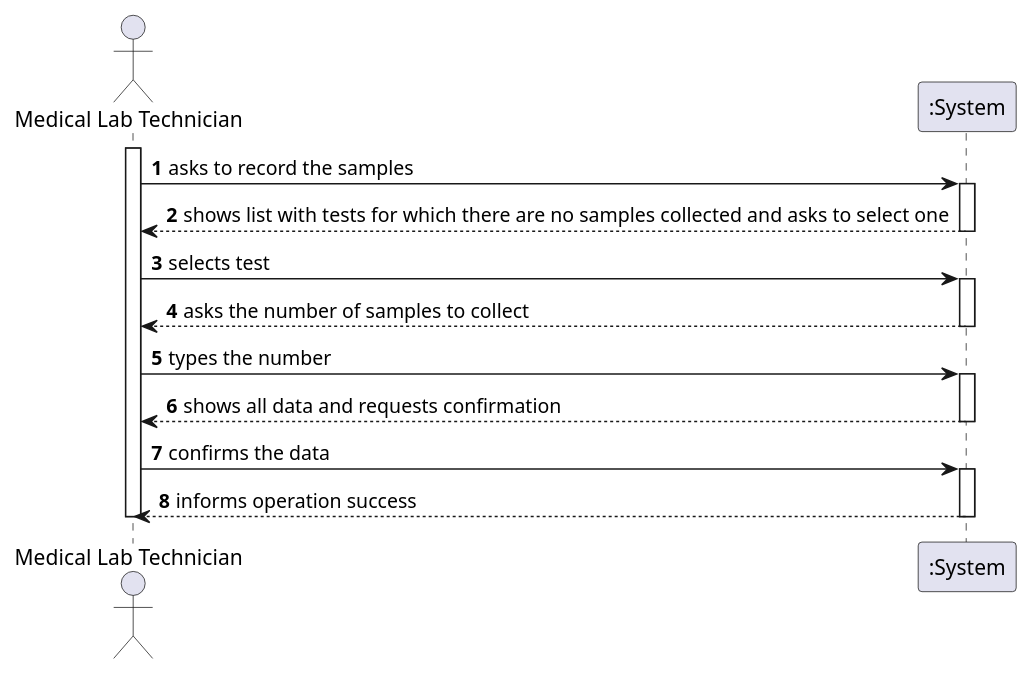
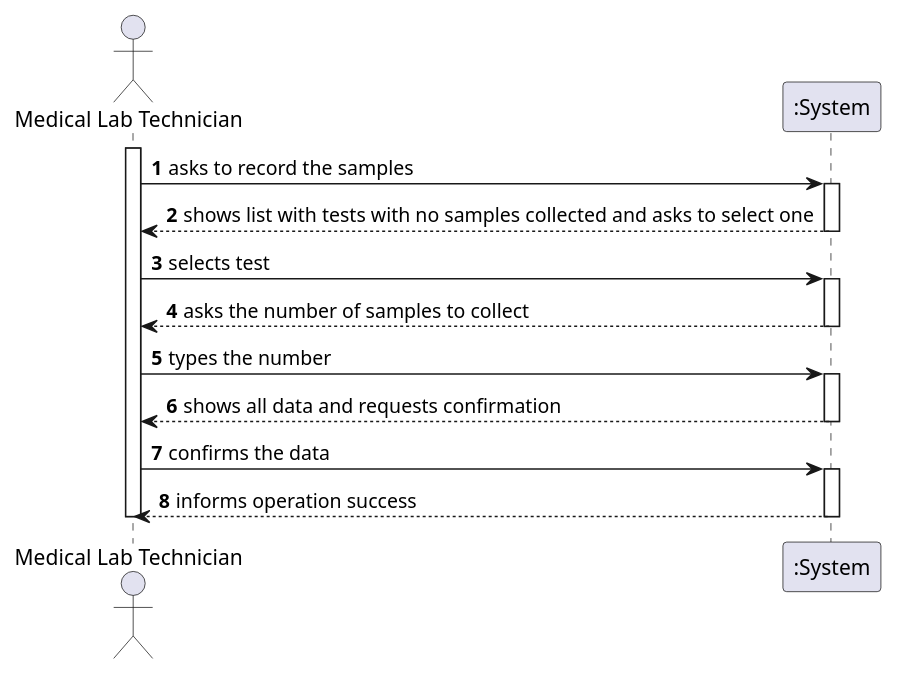
The diagram in docs/SprintC/US_5/US5_SSD.puml (ana-albergaria/LAPR2-ISEP), drawn with PlantUML before and after one commit. The commit also changed 3 other files, not shown here.

Commit message:
US5 - Starting SD Diagram

```diff
--- a/docs/SprintC/US_5/US5_SSD.puml
+++ b/docs/SprintC/US_5/US5_SSD.puml
@@ -1,32 +1,32 @@
 @startuml
 
 autonumber
 actor "Medical Lab Technician" as MLT
 
 activate MLT
 MLT -> ":System" : asks to record the samples
 /'Here below'/
 activate ":System"
-":System" --> MLT : shows list with tests for which there are no samples collected and asks to select one
+":System" --> MLT : shows list with tests with no samples collected and asks to select one
 deactivate ":System"
 
 MLT -> ":System" : selects test
 activate ":System"
 
 ":System" --> MLT : asks the number of samples to collect
 deactivate ":System"
 
 MLT -> ":System" : types the number
 activate ":System"
 
 ":System" --> MLT : shows all data and requests confirmation
 deactivate ":System"
 
 MLT -> ":System" : confirms the data
 activate ":System"
 ":System" --> MLT : informs operation success
 deactivate ":System"
 
 deactivate MLT
 
 @enduml
```
